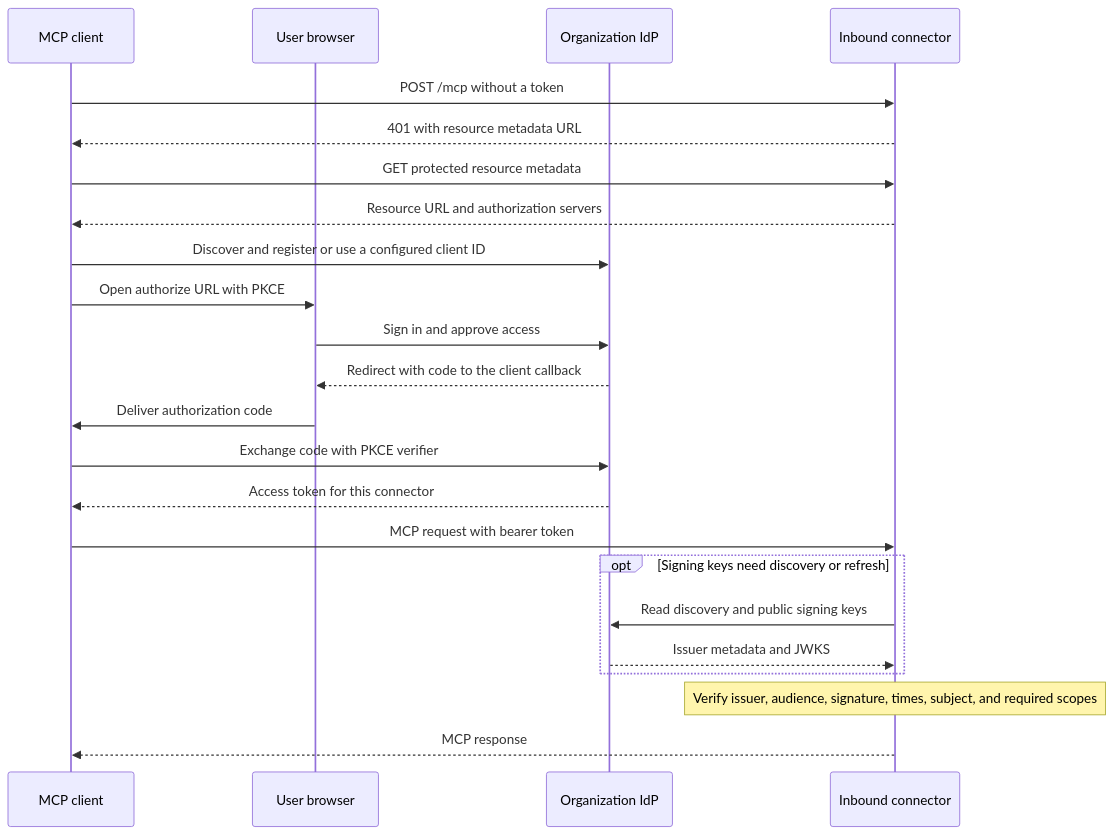
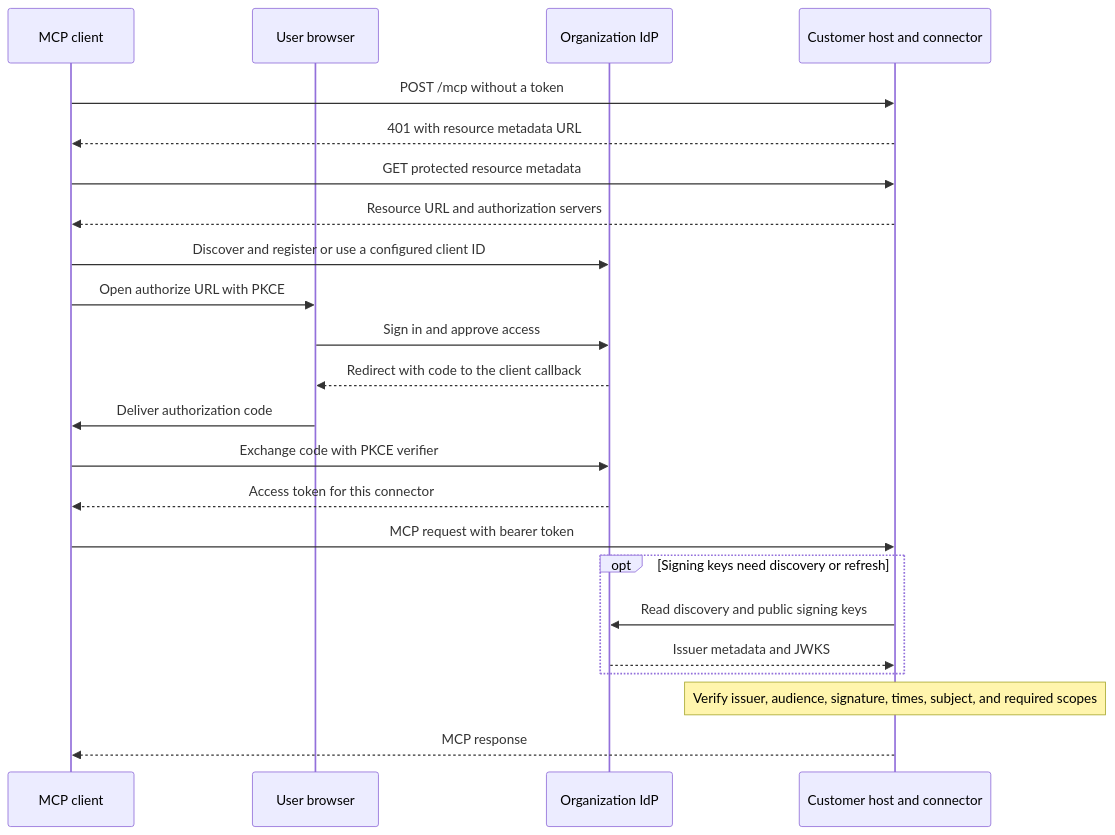
One commit to long-nt-tran/durable-mcp-connector changed the second of 4 diagrams in ARCHITECTURE.md. Above: the diagram before and after it, drawn with Mermaid. The commit also changed other lines of this file and 33 other files, not shown here.

````diff
--- a/ARCHITECTURE.md
+++ b/ARCHITECTURE.md
@@ -94,25 +94,25 @@
 ```mermaid
 sequenceDiagram
   participant C as MCP client
   participant B as User browser
   participant I as Organization IdP
-  participant G as Inbound connector
+  participant G as Customer host and connector
   C->>G: POST /mcp without a token
   G-->>C: 401 with resource metadata URL
   C->>G: GET protected resource metadata
   G-->>C: Resource URL and authorization servers
   C->>I: Discover and register or use a configured client ID
   C->>B: Open authorize URL with PKCE
   B->>I: Sign in and approve access
   I-->>B: Redirect with code to the client callback
   B->>C: Deliver authorization code
   C->>I: Exchange code with PKCE verifier
   I-->>C: Access token for this connector
   C->>G: MCP request with bearer token
   opt Signing keys need discovery or refresh
     G->>I: Read discovery and public signing keys
     I-->>G: Issuer metadata and JWKS
   end
   Note over G: Verify issuer, audience, signature, times, subject, and required scopes
   G-->>C: MCP response
 ```
````
